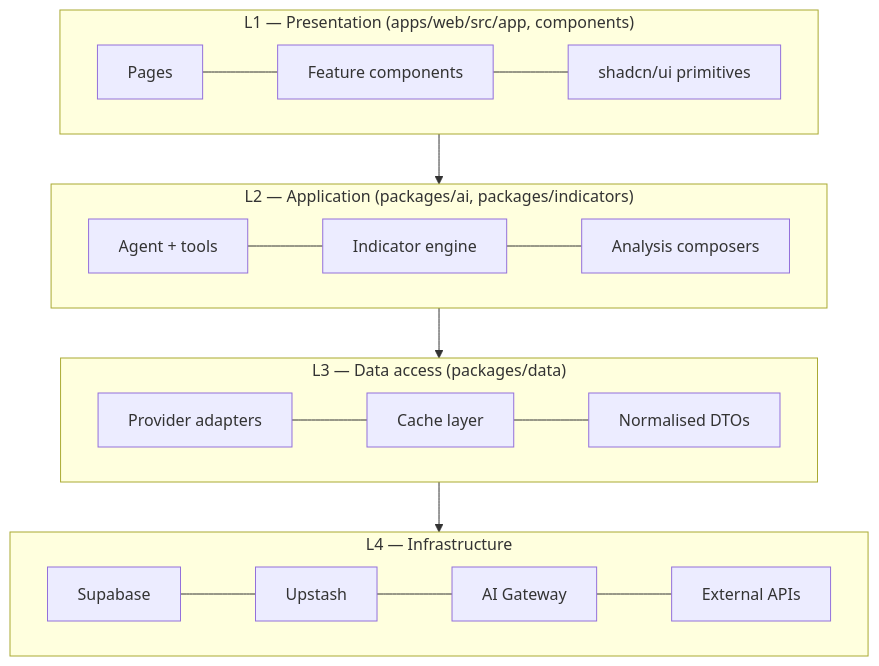
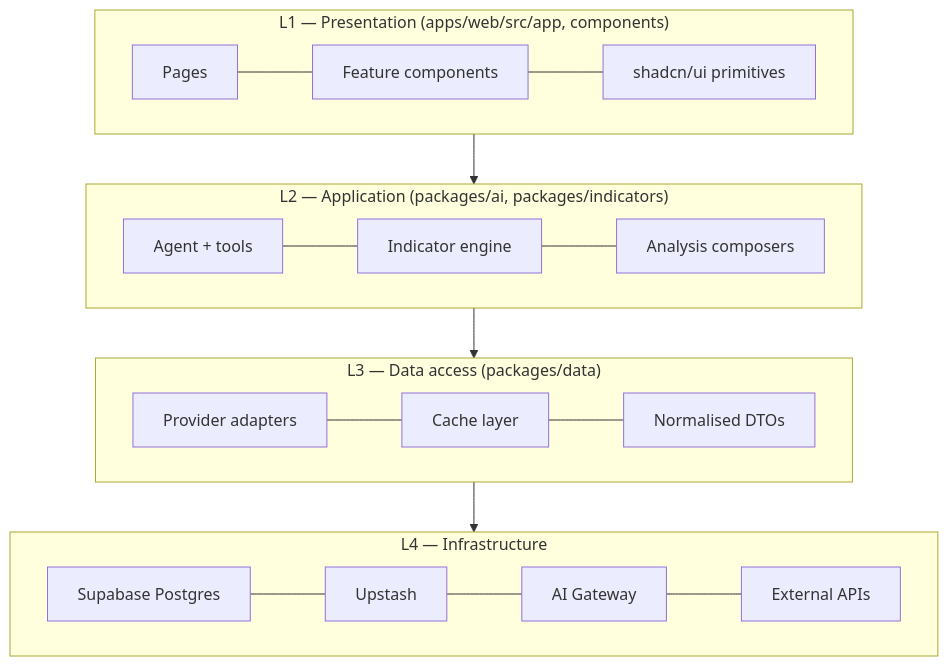
One commit to HamaFx/HamaFX-Ai changed the fifth of 5 diagrams in docs/01-architecture.md. Above: the diagram before and after it, drawn with Mermaid. The commit also changed other lines of this file and 17 other files, not shown here.

````diff
--- a/docs/01-architecture.md
+++ b/docs/01-architecture.md
@@ -149,19 +145,19 @@
 ```mermaid
 flowchart TB
     subgraph L1["L1 — Presentation (apps/web/src/app, components)"]
         P1[Pages] --- P2[Feature components] --- P3[shadcn/ui primitives]
     end
     subgraph L2["L2 — Application (packages/ai, packages/indicators)"]
         A1[Agent + tools] --- A2[Indicator engine] --- A3[Analysis composers]
     end
     subgraph L3["L3 — Data access (packages/data)"]
         D1[Provider adapters] --- D2[Cache layer] --- D3[Normalised DTOs]
     end
     subgraph L4["L4 — Infrastructure"]
-        I1[Supabase] --- I2[Upstash] --- I3[AI Gateway] --- I4[External APIs]
+        I1[Supabase Postgres] --- I2[Upstash] --- I3[AI Gateway] --- I4[External APIs]
     end
 
     L1 --> L2
     L2 --> L3
     L3 --> L4
 ```
````
